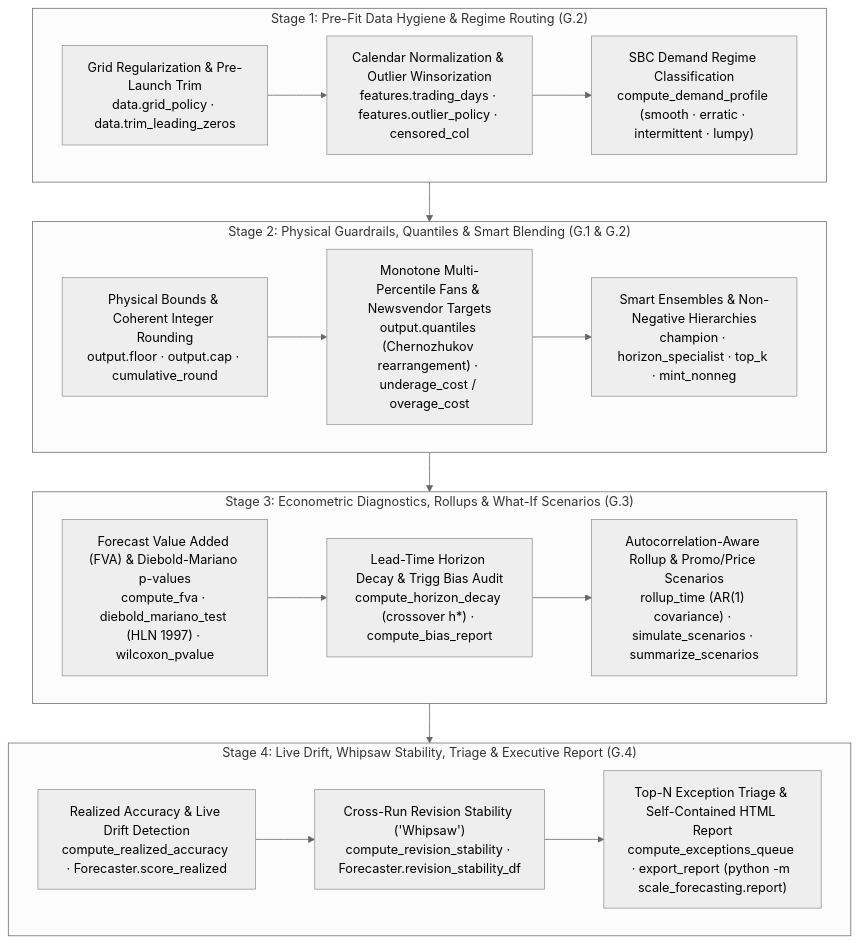
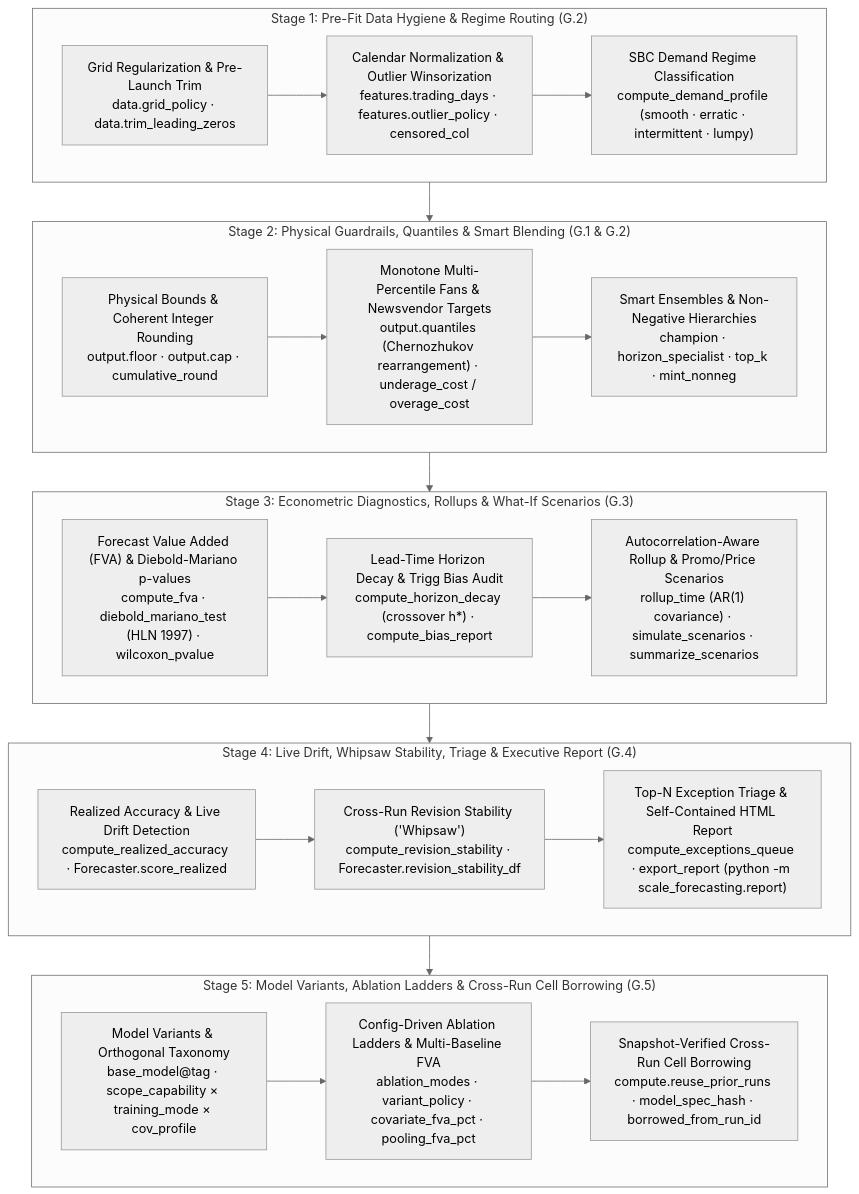
One commit to statmike/scale-forecasting changed the diagram in docs/forecaster_workbench.md. Above: the diagram before and after it, drawn with Mermaid (neutral theme). The commit also changed other lines of this file and 37 other files, not shown here.

````diff
--- a/docs/forecaster_workbench.md
+++ b/docs/forecaster_workbench.md
@@ -5,32 +5,39 @@
 ```mermaid
 flowchart TD
     subgraph S1["Stage 1: Pre-Fit Data Hygiene & Regime Routing (G.2)"]
         H1["Grid Regularization & Pre-Launch Trim<br/>data.grid_policy · data.trim_leading_zeros"]
         H2["Calendar Normalization & Outlier Winsorization<br/>features.trading_days · features.outlier_policy · censored_col"]
         H3["SBC Demand Regime Classification<br/>compute_demand_profile (smooth · erratic · intermittent · lumpy)"]
         H1 --> H2 --> H3
     end
 
     subgraph S2["Stage 2: Physical Guardrails, Quantiles & Smart Blending (G.1 & G.2)"]
         B1["Physical Bounds & Coherent Integer Rounding<br/>output.floor · output.cap · cumulative_round"]
         B2["Monotone Multi-Percentile Fans & Newsvendor Targets<br/>output.quantiles (Chernozhukov rearrangement) · underage_cost / overage_cost"]
         B3["Smart Ensembles & Non-Negative Hierarchies<br/>champion · horizon_specialist · top_k · mint_nonneg"]
         B1 --> B2 --> B3
     end
 
     subgraph S3["Stage 3: Econometric Diagnostics, Rollups & What-If Scenarios (G.3)"]
         D1["Forecast Value Added (FVA) & Diebold-Mariano p-values<br/>compute_fva · diebold_mariano_test (HLN 1997) · wilcoxon_pvalue"]
         D2["Lead-Time Horizon Decay & Trigg Bias Audit<br/>compute_horizon_decay (crossover h*) · compute_bias_report"]
         D3["Autocorrelation-Aware Rollup & Promo/Price Scenarios<br/>rollup_time (AR(1) covariance) · simulate_scenarios · summarize_scenarios"]
         D1 --> D2 --> D3
     end
 
     subgraph S4["Stage 4: Live Drift, Whipsaw Stability, Triage & Executive Report (G.4)"]
         L1["Realized Accuracy & Live Drift Detection<br/>compute_realized_accuracy · Forecaster.score_realized"]
         L2["Cross-Run Revision Stability ('Whipsaw')<br/>compute_revision_stability · Forecaster.revision_stability_df"]
         L3["Top-N Exception Triage & Self-Contained HTML Report<br/>compute_exceptions_queue · export_report (python -m scale_forecasting.report)"]
         L1 --> L2 --> L3
     end
 
-    S1 --> S2 --> S3 --> S4
+    subgraph S5["Stage 5: Model Variants, Ablation Ladders & Cross-Run Cell Borrowing (G.5)"]
+        V1["Model Variants & Orthogonal Taxonomy<br/>base_model@tag · scope_capability × training_mode × cov_profile"]
+        V2["Config-Driven Ablation Ladders & Multi-Baseline FVA<br/>ablation_modes · variant_policy · covariate_fva_pct · pooling_fva_pct"]
+        V3["Snapshot-Verified Cross-Run Cell Borrowing<br/>compute.reuse_prior_runs · model_spec_hash · borrowed_from_run_id"]
+        V1 --> V2 --> V3
+    end
+
+    S1 --> S2 --> S3 --> S4 --> S5
 ```
````
